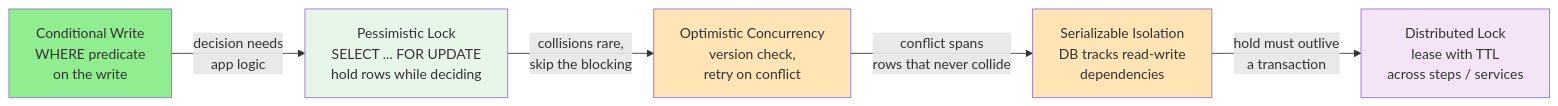
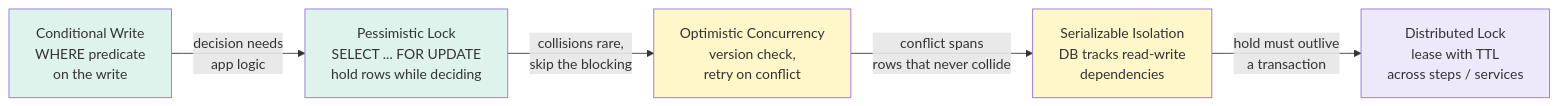
Before and after one commit to cartmancodes/InterviewVault: the first of 2 diagrams in LLD/SystemDesign/Patterns/DealingWithContention.md, drawn with Mermaid. The commit also changed other lines of this file and 679 other files, not shown here.

Commit message:
Unify content diagrams and add accessible visual walkthroughs

````diff
--- a/LLD/SystemDesign/Patterns/DealingWithContention.md
+++ b/LLD/SystemDesign/Patterns/DealingWithContention.md
@@ -71,13 +71,13 @@
 ```mermaid
 graph LR
     CW["Conditional Write<br/>WHERE predicate<br/>on the write"] -->|"decision needs<br/>app logic"| PL["Pessimistic Lock<br/>SELECT ... FOR UPDATE<br/>hold rows while deciding"]
     PL -->|"collisions rare,<br/>skip the blocking"| OCC["Optimistic Concurrency<br/>version check,<br/>retry on conflict"]
     OCC -->|"conflict spans<br/>rows that never collide"| SI["Serializable Isolation<br/>DB tracks read-write<br/>dependencies"]
     SI -->|"hold must outlive<br/>a transaction"| DL["Distributed Lock<br/>lease with TTL<br/>across steps / services"]
 
-    style CW fill:#90EE90
-    style PL fill:#e8f5e9
-    style OCC fill:#FFE4B5
-    style SI fill:#FFE4B5
-    style DL fill:#f3e5f5
+    style CW fill:#DDF3EC
+    style PL fill:#DDF3EC
+    style OCC fill:#FFF6C9
+    style SI fill:#FFF6C9
+    style DL fill:#EDE8FA
 ```
````
